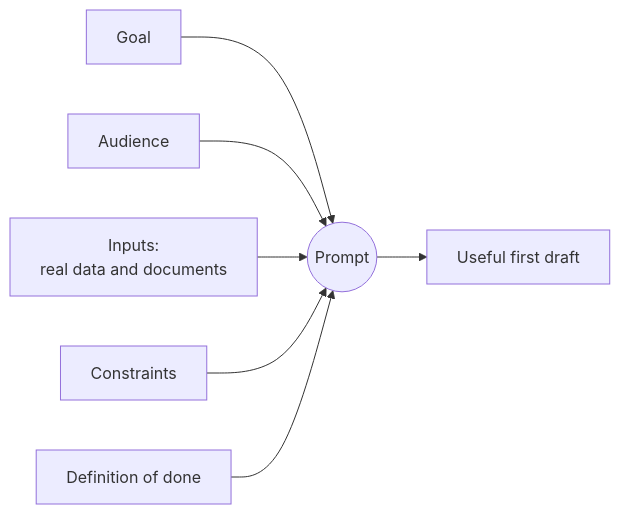
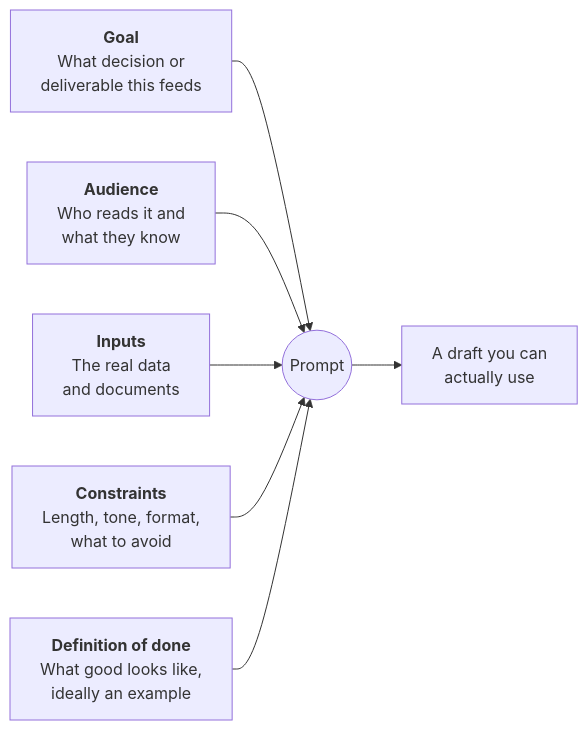
Before and after one commit to clarkngo/applied-ai-field-guide: the first of 2 diagrams in docs/foundations/context-engineering.md, drawn with Mermaid. The commit also changed other lines of this file and 4 other files, not shown here.

````diff
--- a/docs/foundations/context-engineering.md
+++ b/docs/foundations/context-engineering.md
@@ -34,9 +41,9 @@
 ```mermaid
 flowchart LR
-  G[Goal] --> P((Prompt))
-  A[Audience] --> P
-  I["Inputs:<br/>real data and documents"] --> P
-  C[Constraints] --> P
-  D[Definition of done] --> P
-  P --> O[Useful first draft]
+  G["<b>Goal</b><br/>What decision or<br/>deliverable this feeds"] --> P(("Prompt"))
+  A["<b>Audience</b><br/>Who reads it and<br/>what they know"] --> P
+  I["<b>Inputs</b><br/>The real data<br/>and documents"] --> P
+  C["<b>Constraints</b><br/>Length, tone, format,<br/>what to avoid"] --> P
+  D["<b>Definition of done</b><br/>What good looks like,<br/>ideally an example"] --> P
+  P --> O["A draft you can<br/>actually use"]
 ```
````
